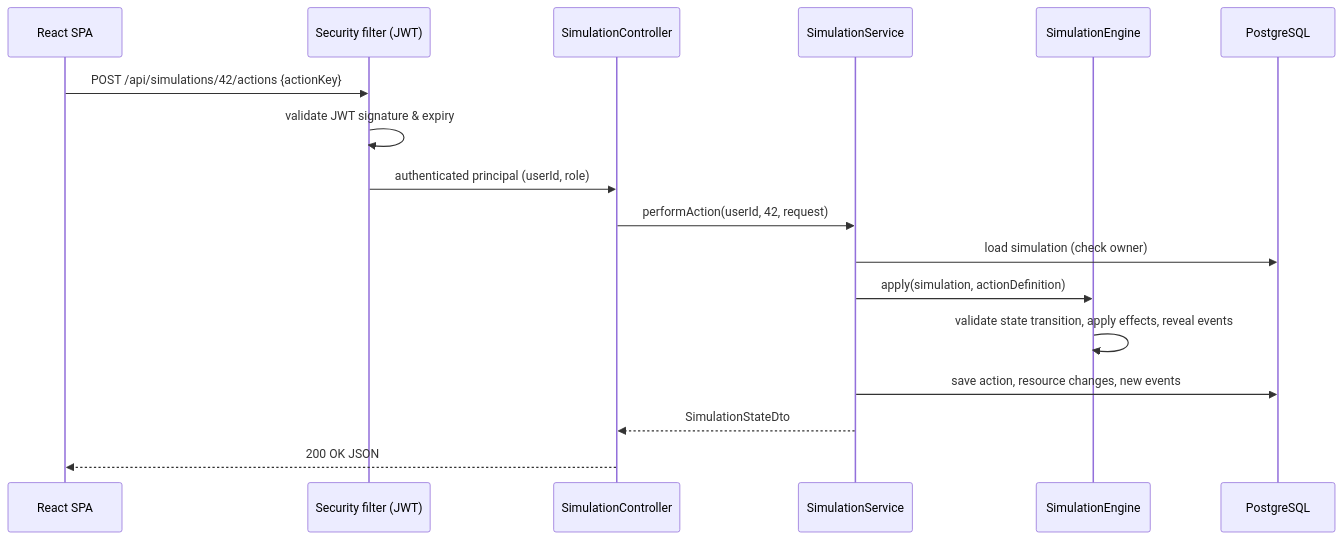
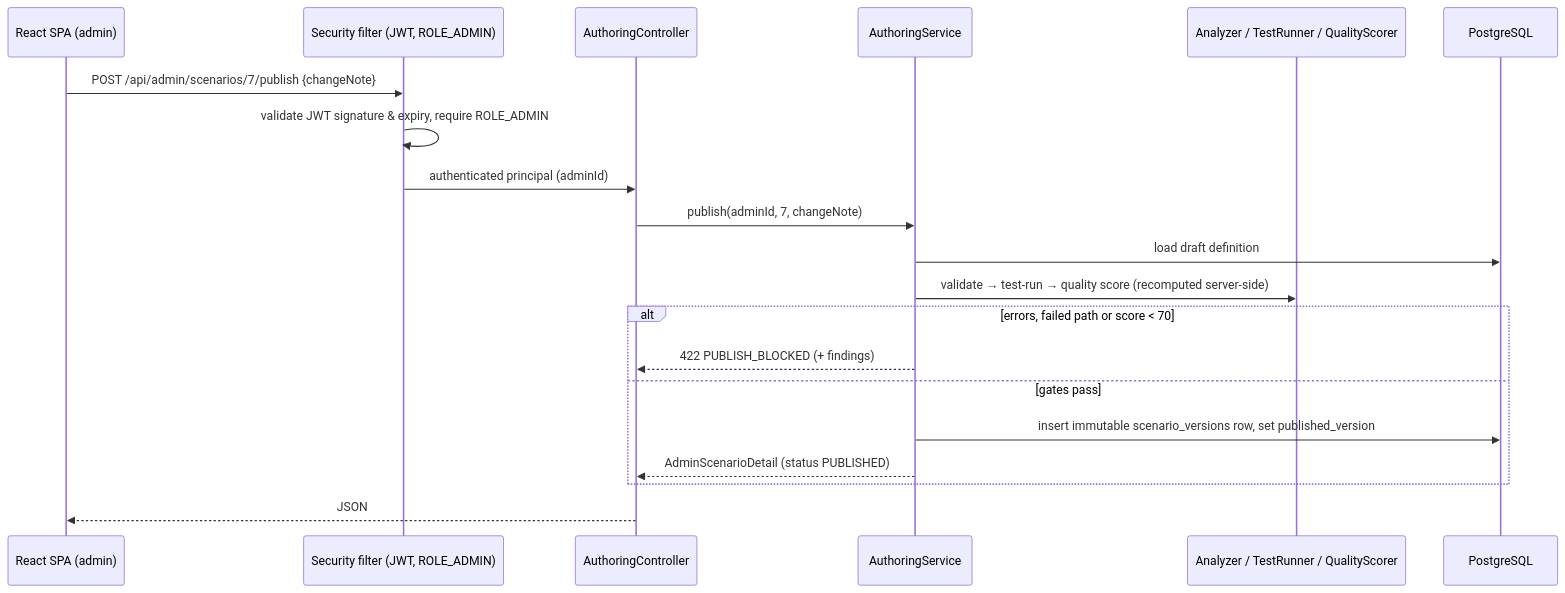
One commit to baghdasaryanzenfira-spec/cyber-sim changed the fourth of 4 diagrams in docs/en/04-system-architecture.md. Above: the diagram before and after it, drawn with Mermaid. The commit also changed other lines of this file and 37 other files, not shown here.

````diff
--- a/docs/en/04-system-architecture.md
+++ b/docs/en/04-system-architecture.md
@@ -145,19 +182,22 @@
 ```mermaid
 sequenceDiagram
-  participant UI as React SPA
-  participant SEC as Security filter (JWT)
-  participant C as SimulationController
-  participant S as SimulationService
-  participant E as SimulationEngine
+  participant UI as React SPA (admin)
+  participant SEC as Security filter (JWT, ROLE_ADMIN)
+  participant C as AuthoringController
+  participant S as AuthoringService
+  participant P as Analyzer / TestRunner / QualityScorer
   participant DB as PostgreSQL
-  UI->>SEC: POST /api/simulations/42/actions {actionKey}
-  SEC->>SEC: validate JWT signature & expiry
-  SEC->>C: authenticated principal (userId, role)
-  C->>S: performAction(userId, 42, request)
-  S->>DB: load simulation (check owner)
-  S->>E: apply(simulation, actionDefinition)
-  E->>E: validate state transition, apply effects, reveal events
-  S->>DB: save action, resource changes, new events
-  S-->>C: SimulationStateDto
-  C-->>UI: 200 OK JSON
+  UI->>SEC: POST /api/admin/scenarios/7/publish {changeNote}
+  SEC->>SEC: validate JWT signature & expiry, require ROLE_ADMIN
+  SEC->>C: authenticated principal (adminId)
+  C->>S: publish(adminId, 7, changeNote)
+  S->>DB: load draft definition
+  S->>P: validate → test-run → quality score (recomputed server-side)
+  alt errors, failed path or score < 70
+    S-->>C: 422 PUBLISH_BLOCKED (+ findings)
+  else gates pass
+    S->>DB: insert immutable scenario_versions row, set published_version
+    S-->>C: AdminScenarioDetail (status PUBLISHED)
+  end
+  C-->>UI: JSON
 ```
````
